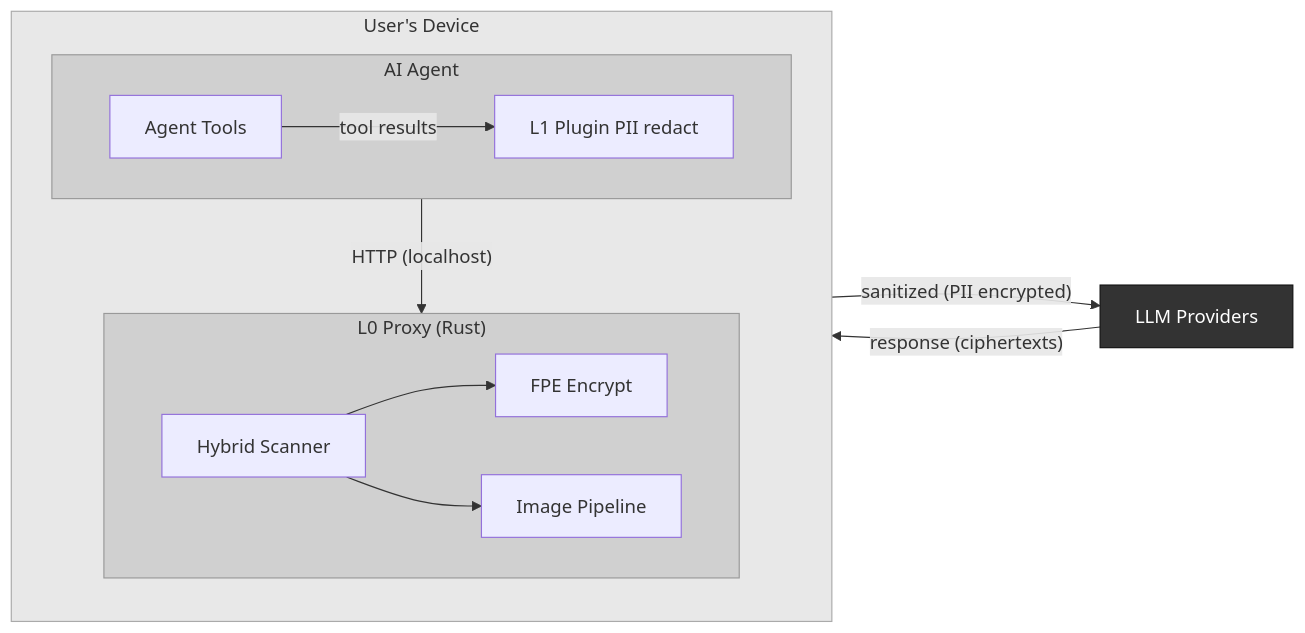
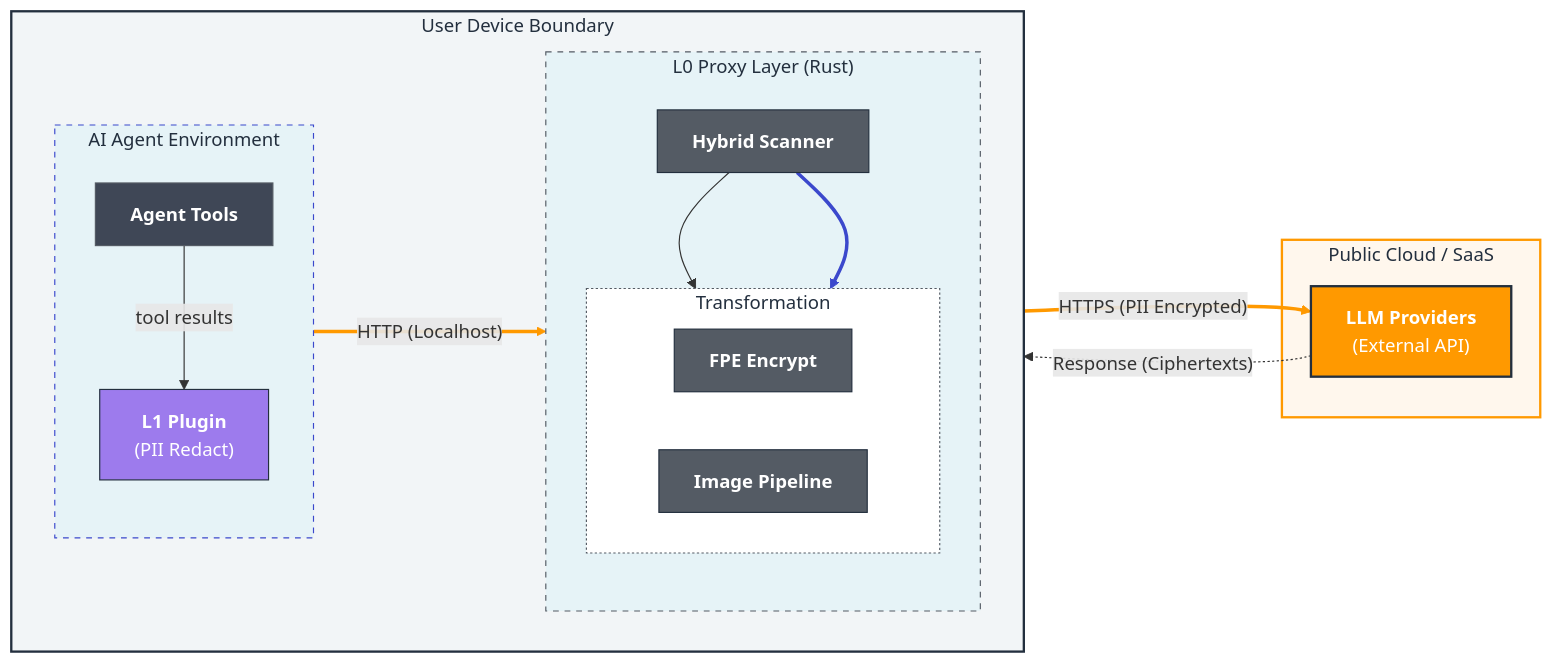
One commit to OpenObscure/OpenObscure changed the third of 5 diagrams in README.md. Above: the diagram before and after it, drawn with Mermaid. The commit also changed other lines of this file and 3 other files, not shown here.

First line of the commit message:
Apply consistent color palette across all mermaid diagrams

````diff
--- a/README.md
+++ b/README.md
@@ -153,26 +198,67 @@
 ```mermaid
 flowchart LR
-    subgraph device ["User's Device"]
-        direction TB
-        subgraph agent ["AI Agent"]
-            tools["Agent Tools"]
-            L1["L1 Plugin PII redact"]
+    %% Direction and Grouping
+    subgraph Device [" User Device Boundary "]
+        direction LR
+        
+        subgraph Agent [" AI Agent Environment "]
+            direction TB
+            tools["<b>Agent Tools</b>"]
+            L1["<b>L1 Plugin</b><br/>(PII Redact)"]
+            
+            %% Spacing internal to Agent
             tools -- "tool results" --> L1
         end
-        subgraph proxy ["L0 Proxy (Rust)"]
-            scanner["Hybrid Scanner"]
-            fpe["FPE Encrypt"]
-            img["Image Pipeline"]
+
+        subgraph Proxy [" L0 Proxy Layer (Rust) "]
+            direction TB
+            scanner["<b>Hybrid Scanner</b>"]
+            
+            subgraph Processing [" Transformation "]
+                direction LR
+                fpe["<b>FPE Encrypt</b>"]
+                img["<b>Image Pipeline</b>"]
+            end
+            
             scanner --> fpe
             scanner --> img
         end
-        agent -- "HTTP (localhost)" --> proxy
+        
+        %% Connect Subgraphs
+        Agent == "HTTP (Localhost)" ==> Proxy
     end
-    proxy -- "sanitized (PII encrypted)" --> llm["LLM Providers"]
-    llm -- "response (ciphertexts)" --> proxy
 
-    style device fill:#e8e8e8,stroke:#aaa,color:#333
-    style agent fill:#d0d0d0,stroke:#999,color:#333
-    style proxy fill:#d0d0d0,stroke:#999,color:#333
-    style llm fill:#333,stroke:#111,color:#fff
+    subgraph External [" Public Cloud / SaaS "]
+        llm["<b>LLM Providers</b><br/>(External API)"]
+    end
+
+    %% Network Connections
+    Proxy == "HTTPS (PII Encrypted)" ==> llm
+    llm -. "Response (Ciphertexts)" .-> Proxy
+
+    %% --- AWS STYLE STYLING ---
+    
+    %% Main Boundary
+    style Device fill:#f2f5f7,stroke:#232F3E,stroke-width:2px,color:#232F3E
+    
+    %% Internal Subnets
+    style Agent fill:#e6f3f7,stroke:#3b48cc,stroke-dasharray: 5 5,color:#232F3E
+    style Proxy fill:#e6f3f7,stroke:#545b64,stroke-dasharray: 5 5,color:#232F3E
+    style Processing fill:#ffffff,stroke:#545b64,stroke-dasharray: 2 2,color:#232F3E
+
+    %% Node Styling
+    style tools fill:#3F4756,stroke:#545b64,color:#fff
+    style L1 fill:#9D7BED,stroke:#232F3E,color:#fff
+    style scanner fill:#545b64,stroke:#232F3E,color:#fff
+    style fpe fill:#545b64,stroke:#232F3E,color:#fff
+    style img fill:#545b64,stroke:#232F3E,color:#fff
+
+    %% External Provider Styling
+    style External fill:#fff7ed,stroke:#ff9900,stroke-width:2px,color:#232F3E
+    style llm fill:#ff9900,stroke:#232F3E,stroke-width:2px,color:#fff
+
+    %% Link Styling
+    linkStyle 2 stroke:#3b48cc,stroke-width:3px
+    linkStyle 3 stroke:#ff9900,stroke-width:3px
+    linkStyle 4 stroke:#ff9900,stroke-width:3px
 ```
````
